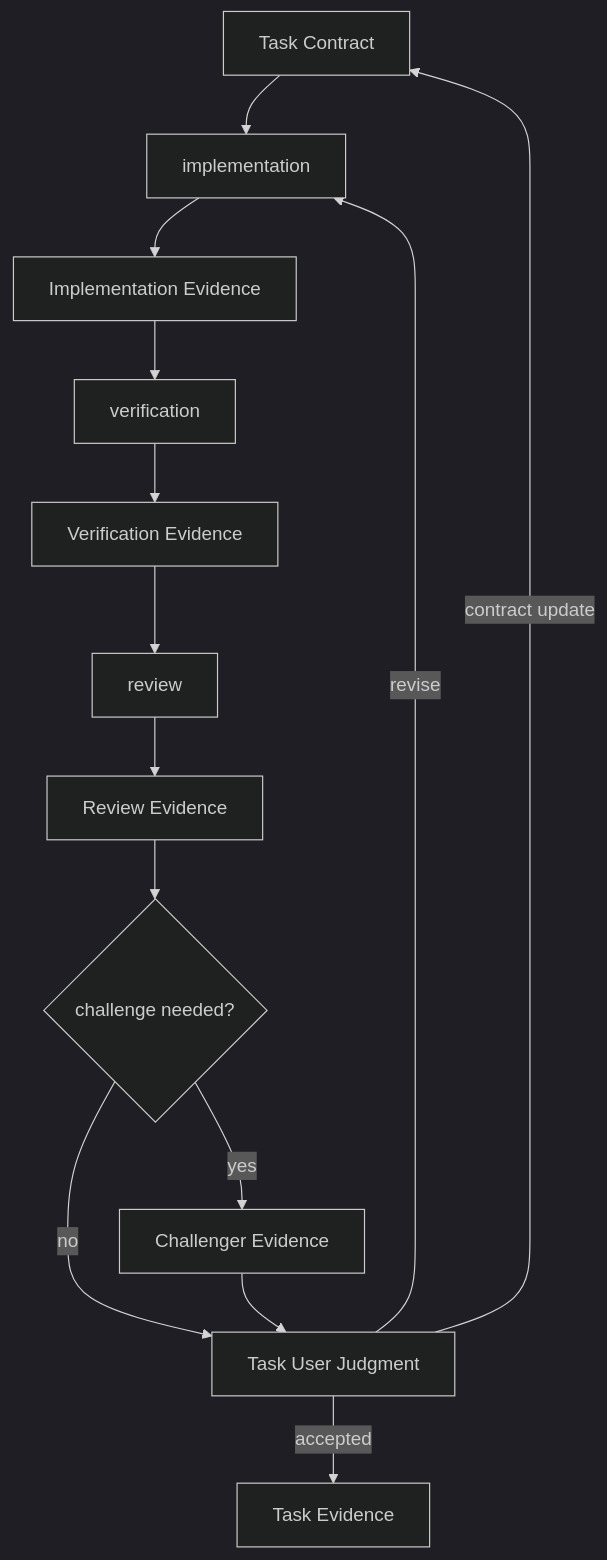
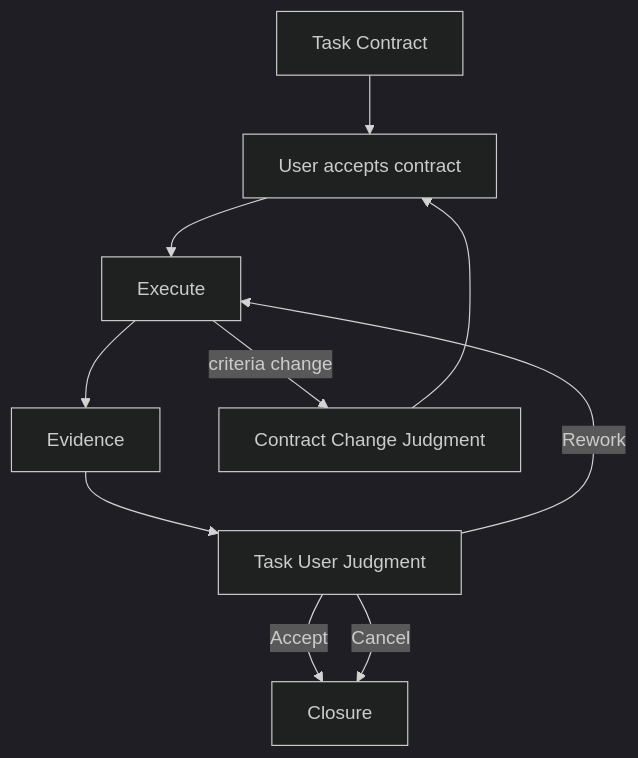
One commit to choam2426/Geas changed the second of 2 diagrams in README.md. Above: the diagram before and after it, drawn with Mermaid (dark theme). The commit also changed other lines of this file and 1 other file, not shown here.

````diff
--- a/README.md
+++ b/README.md
@@ -116,16 +118,12 @@
 ```mermaid
 flowchart TD
-  contract["Task Contract"] --> implement["implementation"]
-  implement --> implEvidence["Implementation Evidence"]
-  implEvidence --> verify["verification"]
-  verify --> verificationEvidence["Verification Evidence"]
-  verificationEvidence --> review["review"]
-  review --> reviewEvidence["Review Evidence"]
-  reviewEvidence --> challenge{"challenge needed?"}
-  challenge -->|"yes"| challengerEvidence["Challenger Evidence"]
-  challenge -->|"no"| taskJudgment["Task User Judgment"]
-  challengerEvidence --> taskJudgment
-  taskJudgment -->|"accepted"| taskEvidence["Task Evidence"]
-  taskJudgment -->|"revise"| implement
-  taskJudgment -->|"contract update"| contract
+  contract["Task Contract"] --> accept["User accepts contract"]
+  accept --> execute["Execute"]
+  execute --> evidence["Evidence"]
+  evidence --> judgment["Task User Judgment"]
+  judgment -->|"Accept"| closure["Closure"]
+  judgment -->|"Rework"| execute
+  judgment -->|"Cancel"| closure
+  execute -->|"criteria change"| amend["Contract Change Judgment"]
+  amend --> accept
 ```
````
